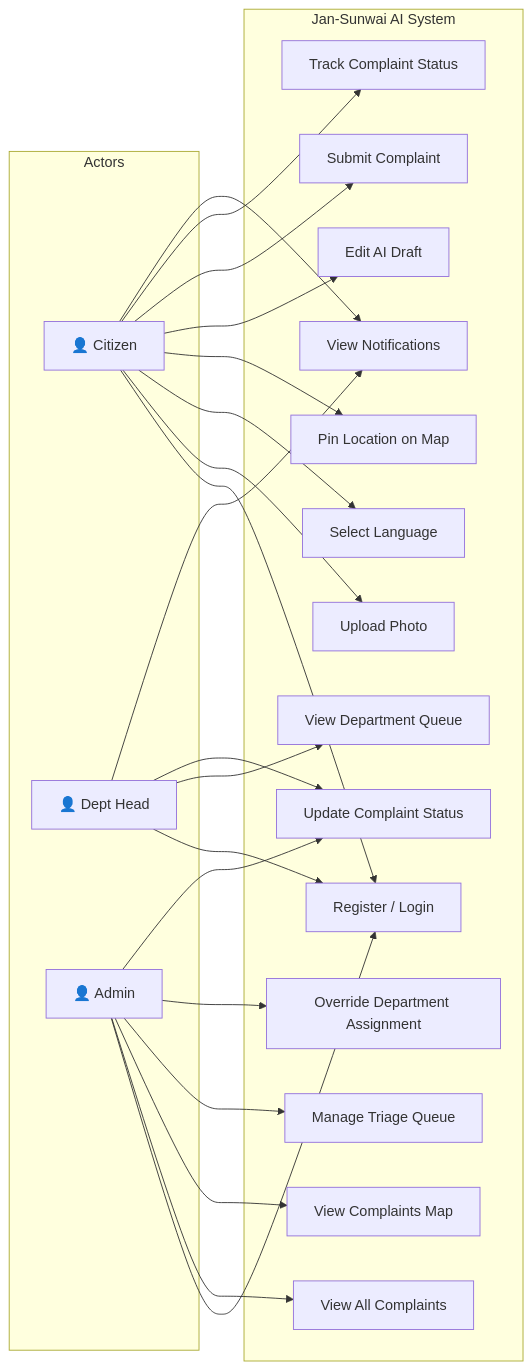
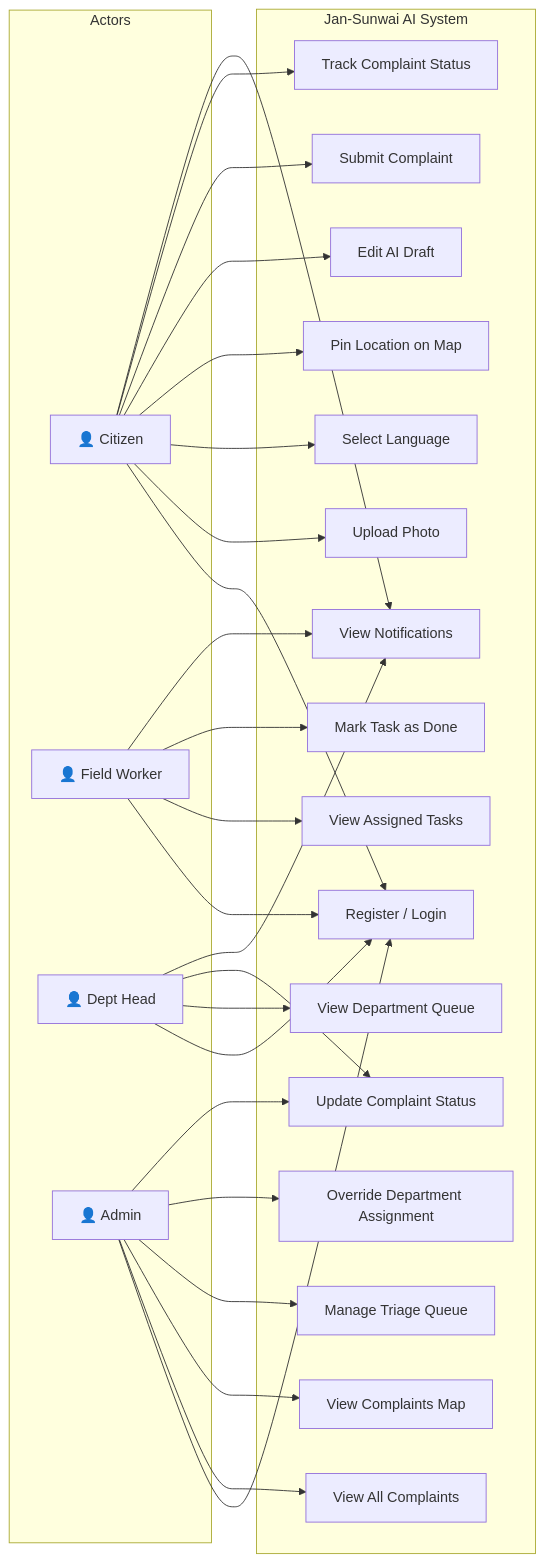
The third of 8 diagrams in docs/PROJECT_REPORT.md (ark5234/Jan-Sunwai-AI), drawn with Mermaid before and after one commit. The commit also changed other lines of this file and 2 other files, not shown here.

Commit message:
docs: Add initial project report, project synopsis, and system architecture documentation.

````diff
--- a/docs/PROJECT_REPORT.md
+++ b/docs/PROJECT_REPORT.md
@@ -602,46 +609,54 @@
 ```mermaid
 graph LR
     subgraph Actors
         C[👤 Citizen]
+        F[👤 Field Worker]
         D[👤 Dept Head]
         A[👤 Admin]
     end
 
     subgraph Jan-Sunwai AI System
         UC1[Register / Login]
         UC2[Upload Photo]
         UC3[Select Language]
         UC4[Pin Location on Map]
         UC5[Edit AI Draft]
         UC6[Submit Complaint]
         UC7[Track Complaint Status]
         UC8[View Notifications]
         UC9[View Department Queue]
         UC10[Update Complaint Status]
         UC11[View All Complaints]
         UC12[View Complaints Map]
         UC13[Manage Triage Queue]
         UC14[Override Department Assignment]
+        UC15[View Assigned Tasks]
+        UC16[Mark Task as Done]
     end
 
     C --> UC1
     C --> UC2
     C --> UC3
     C --> UC4
     C --> UC5
     C --> UC6
     C --> UC7
     C --> UC8
+
+    F --> UC1
+    F --> UC15
+    F --> UC16
+    F --> UC8
 
     D --> UC1
     D --> UC9
     D --> UC10
     D --> UC8
 
     A --> UC1
     A --> UC11
     A --> UC12
     A --> UC13
     A --> UC14
     A --> UC10
 ```
````
